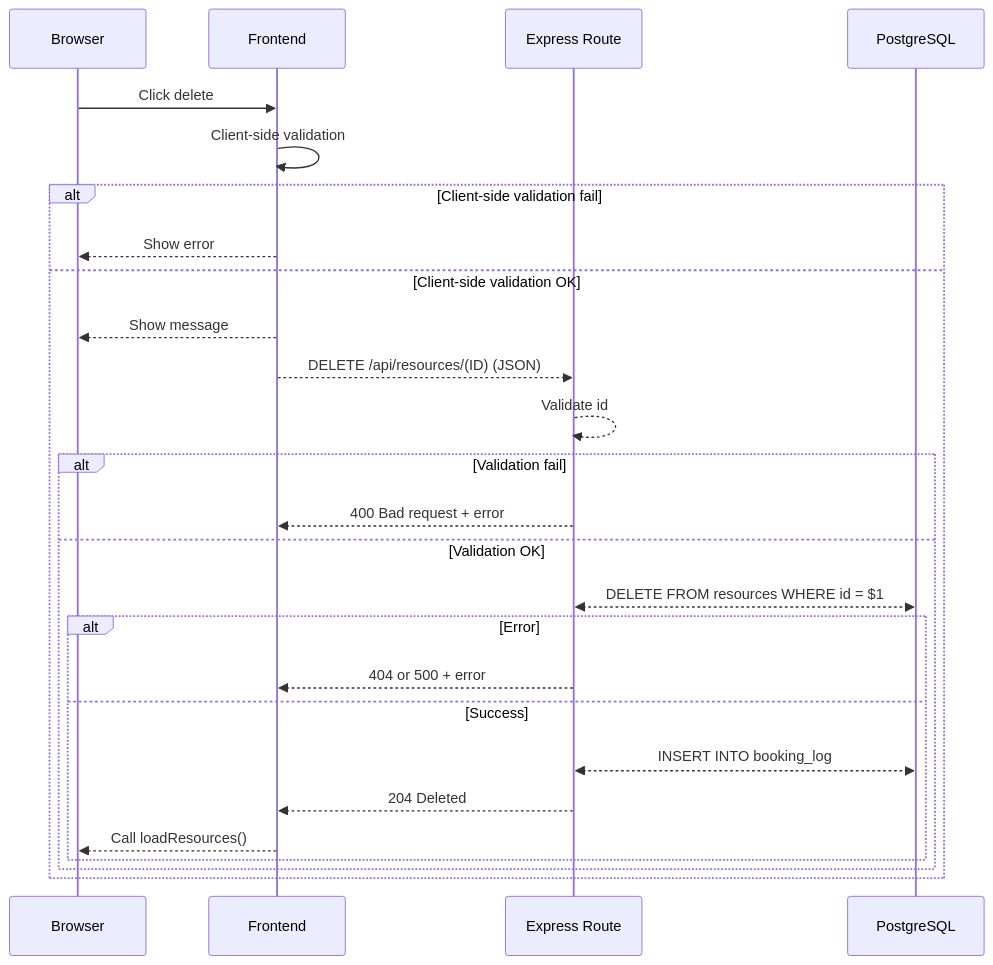
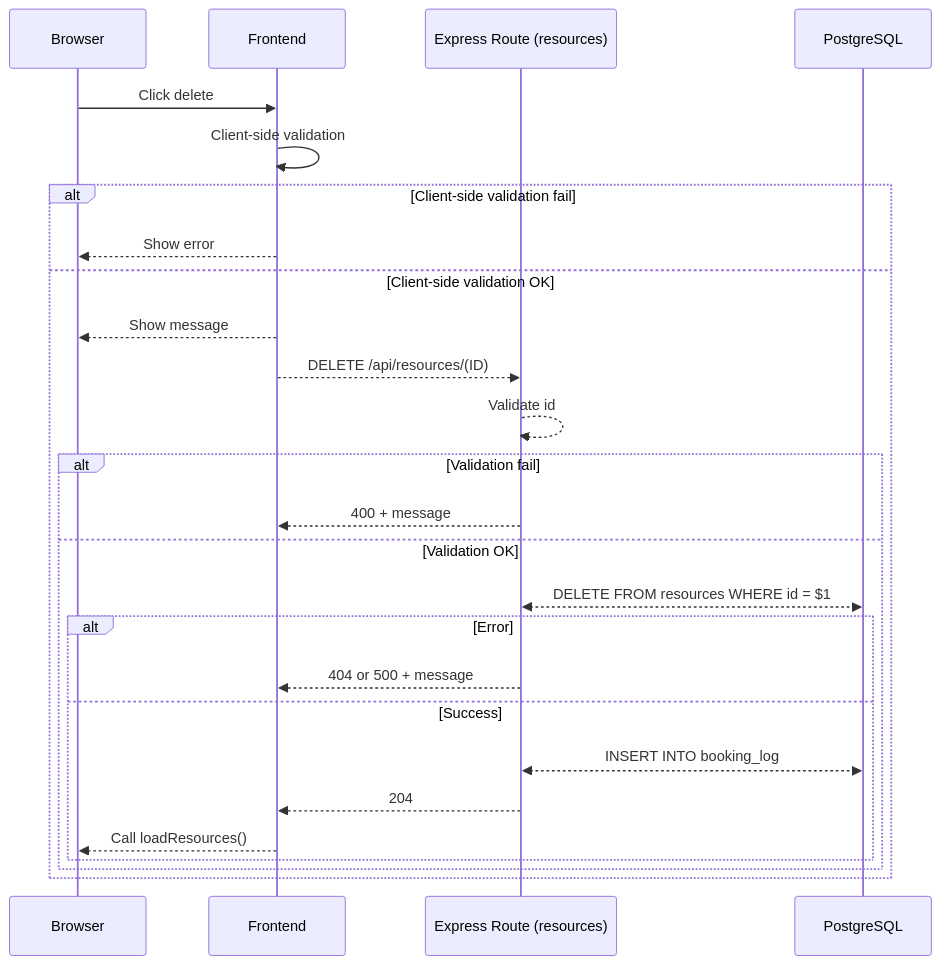
One commit to samipaa/webdev2026 changed the fourth of 4 diagrams in BookingSystem/Phase6/G1_CRUD_DataFlow.md. Above: the diagram before and after it, drawn with Mermaid. The commit also changed other lines of this file, not shown here.

````diff
--- a/BookingSystem/Phase6/G1_CRUD_DataFlow.md
+++ b/BookingSystem/Phase6/G1_CRUD_DataFlow.md
@@ -93,32 +98,32 @@
 ```mermaid
 sequenceDiagram
     participant U as Browser
     participant F as Frontend
-    participant B as Express Route
+    participant B as Express Route (resources)
     participant DB as PostgreSQL
 
     U->>F: Click delete
     F->>F: Client-side validation
 
     alt Client-side validation fail
         F-->>U: Show error
     else Client-side validation OK
         F-->>U: Show message
-        F-->>B: DELETE /api/resources/(ID) (JSON)
+        F-->>B: DELETE /api/resources/(ID)
         B-->>B: Validate id
 
         alt Validation fail
-            B-->>F: 400 Bad request + error
+            B-->>F: 400 + message
         else Validation OK
             B<<-->>DB: DELETE FROM resources WHERE id = $1
 
             alt Error
-                B-->>F: 404 or 500 + error
+                B-->>F: 404 or 500 + message
             else Success
                 B<<-->>DB: INSERT INTO booking_log
-                B-->>F: 204 Deleted
+                B-->>F: 204
                 F-->>U: Call loadResources()
             end
         end
     end
 ```
````
